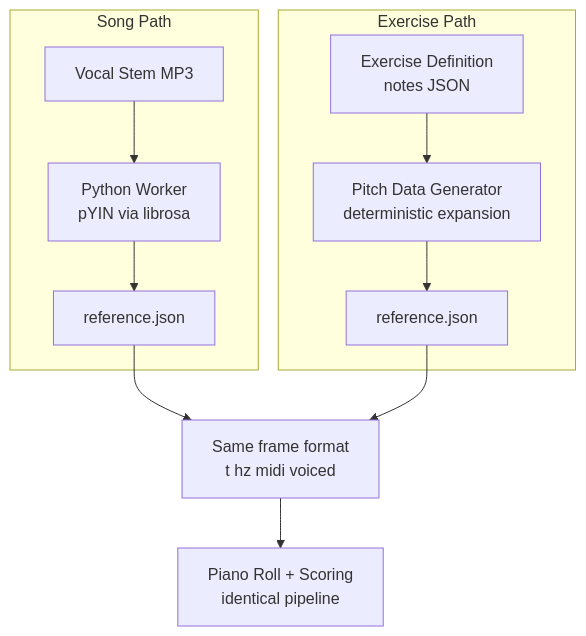
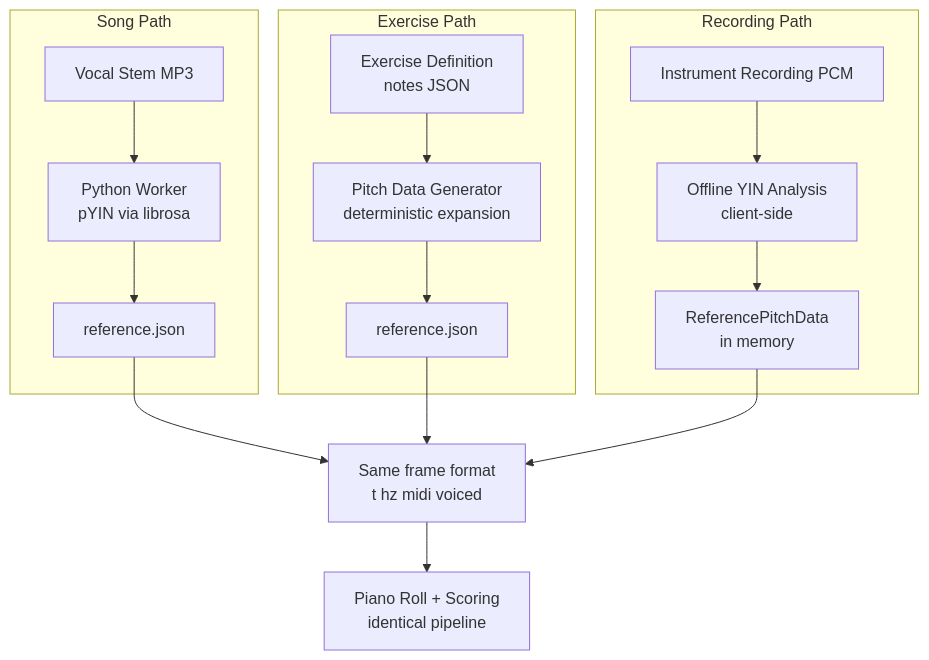
Before and after one commit to pawelgawliczek/intonavio: the fourth of 4 diagrams in docs/06-realtime-pitch.md, drawn with Mermaid. The commit also changed other lines of this file and 21 other files, not shown here.

First line of the commit message:
Add instrument recording feature with import, editing, and practice controls

````diff
--- a/docs/06-realtime-pitch.md
+++ b/docs/06-realtime-pitch.md
@@ -324,16 +324,22 @@
 ```mermaid
 flowchart TD
     subgraph Song Path
         A[Vocal Stem MP3] --> B[Python Worker<br/>pYIN via librosa]
         B --> C[reference.json]
     end
 
     subgraph Exercise Path
         D[Exercise Definition<br/>notes JSON] --> E[Pitch Data Generator<br/>deterministic expansion]
         E --> F[reference.json]
     end
 
+    subgraph Recording Path
+        G2[Instrument Recording PCM] --> H2[Offline YIN Analysis<br/>client-side]
+        H2 --> I2[ReferencePitchData<br/>in memory]
+    end
+
     C --> G[Same frame format<br/>t hz midi voiced]
     F --> G
+    I2 --> G
     G --> H[Piano Roll + Scoring<br/>identical pipeline]
 ```
````
